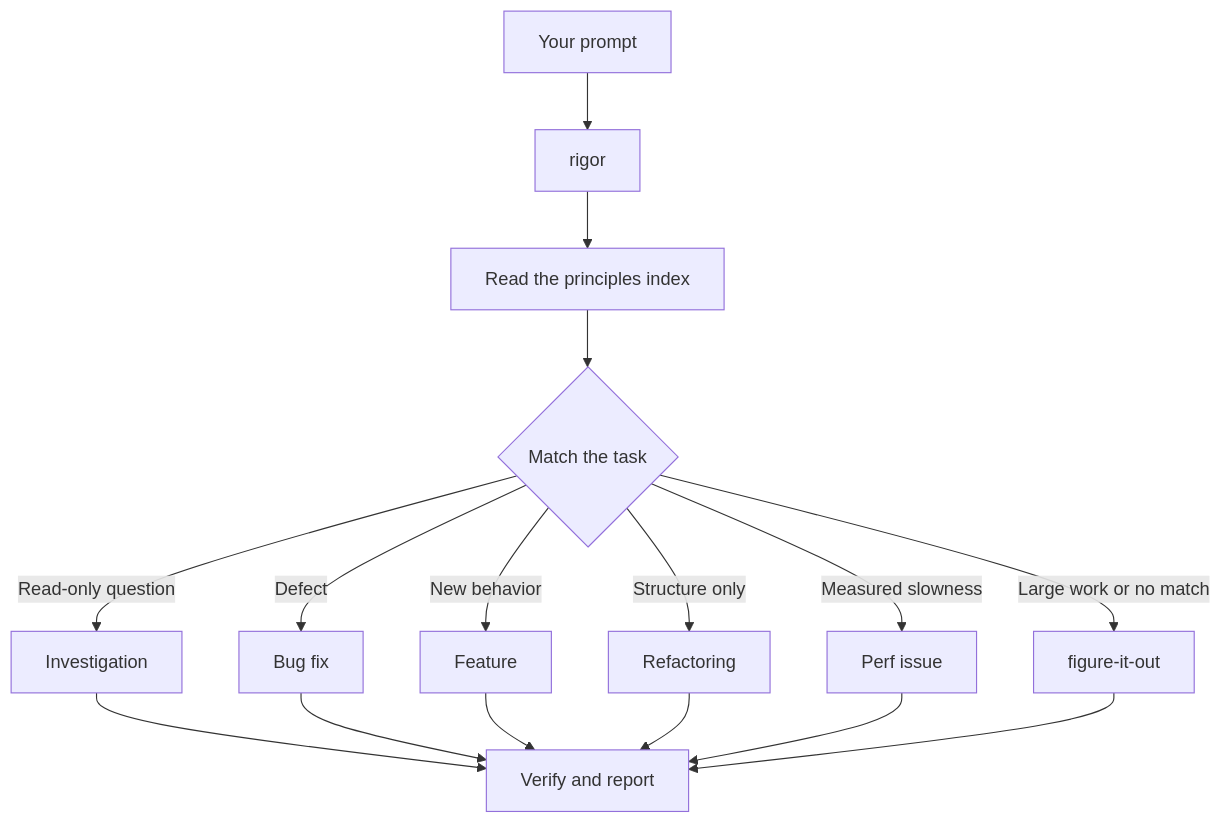
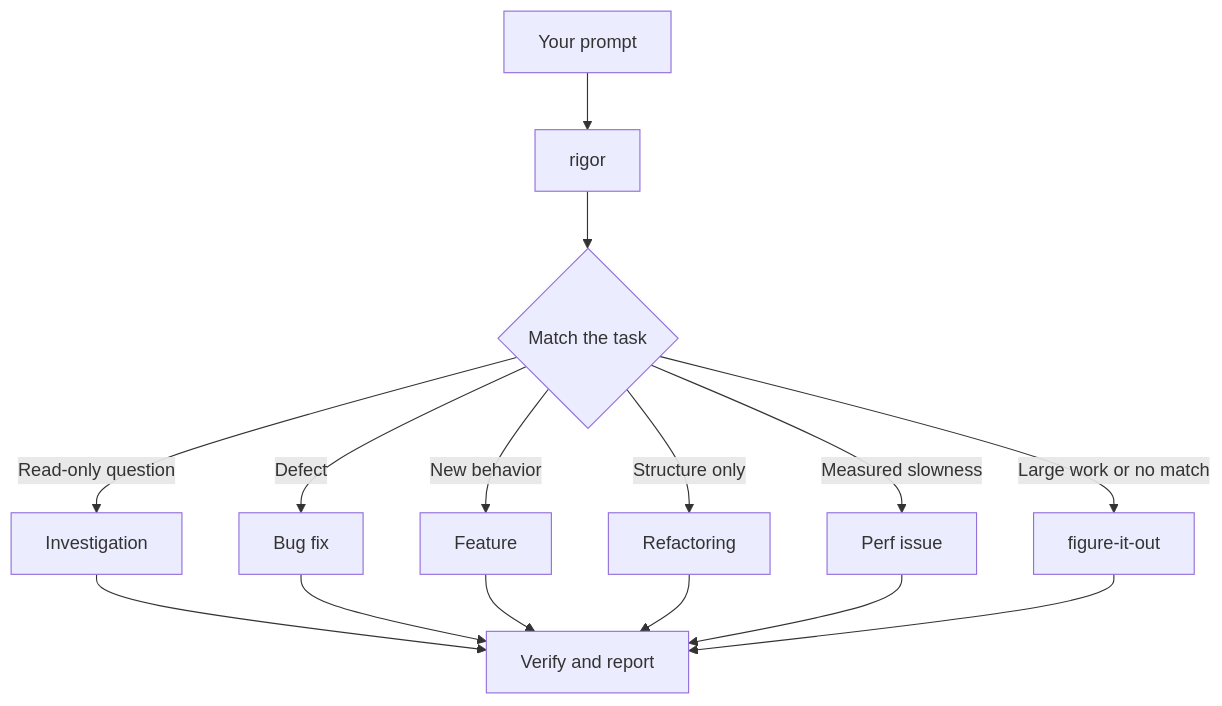
The diagram in docs/guide/02-rigor.md (oz6un/rigor), drawn with Mermaid before and after one commit. The commit also changed other lines of this file and 11 other files, not shown here.

````diff
--- a/docs/guide/02-rigor.md
+++ b/docs/guide/02-rigor.md
@@ -5,13 +5,12 @@
 ```mermaid
 flowchart TD
     A[Your prompt] --> B[rigor]
-    B --> C[Read the principles index]
-    C --> D{Match the task}
+    B --> D{Match the task}
     D -->|Read-only question| E[Investigation]
     D -->|Defect| F[Bug fix]
     D -->|New behavior| G[Feature]
     D -->|Structure only| H[Refactoring]
     D -->|Measured slowness| I[Perf issue]
     D -->|Large work or no match| J[figure-it-out]
     E & F & G & H & I & J --> K[Verify and report]
 ```
````
